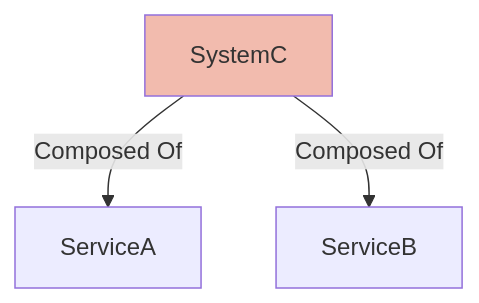
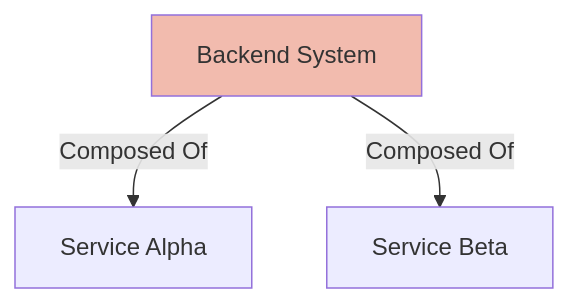
The diagram in calm-widgets/test-fixtures/related-nodes-widget/node-composed-connects/expected.md (finos/architecture-as-code), drawn with Mermaid before and after one commit. The commit also changed 61 other files, not shown here.

First line of the commit message:
fix(calm-widgets): resolve node names instead of raw ids in related-nodes diagrams (#2883)

````diff
--- a/calm-widgets/test-fixtures/related-nodes-widget/node-composed-connects/expected.md
+++ b/calm-widgets/test-fixtures/related-nodes-widget/node-composed-connects/expected.md
@@ -1,7 +1,7 @@
 ```mermaid
 graph TD;
-SystemC[SystemC]:::highlight;
-SystemC -- Composed Of --> ServiceA;
-SystemC -- Composed Of --> ServiceB;
+system-c[Backend System]:::highlight;
+system-c[Backend System] -- Composed Of --> svc-a[Service Alpha];
+system-c[Backend System] -- Composed Of --> svc-b[Service Beta];
 classDef highlight fill:#f2bbae;
 ```
````
